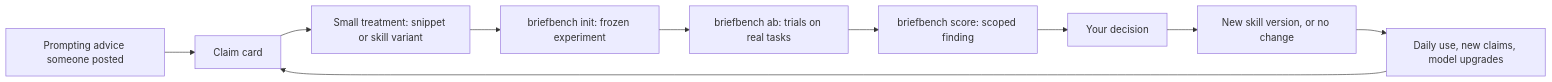
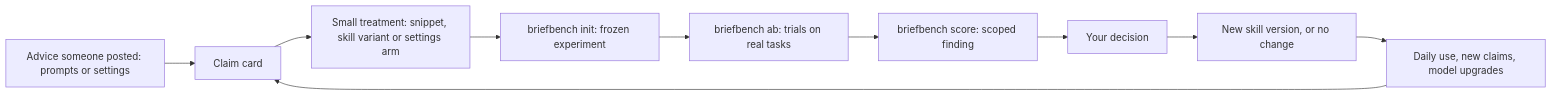
Before and after one commit to Freedom-Jack/briefbench: the diagram in docs/design.md, drawn with Mermaid. The commit also changed other lines of this file and 21 other files, not shown here.

First line of the commit message:
Docs: posted advice on model, effort and multi-agent mode is tested too

````diff
--- a/docs/design.md
+++ b/docs/design.md
@@ -123,12 +129,12 @@
 ```mermaid
 flowchart LR
-    S[Prompting advice someone posted] --> C[Claim card]
-    C --> T[Small treatment: snippet or skill variant]
+    S[Advice someone posted: prompts or settings] --> C[Claim card]
+    C --> T[Small treatment: snippet, skill variant or settings arm]
     T --> P[briefbench init: frozen experiment]
     P --> R[briefbench ab: trials on real tasks]
     R --> F[briefbench score: scoped finding]
     F --> D[Your decision]
     D --> V[New skill version, or no change]
     V --> U[Daily use, new claims, model upgrades]
     U --> C
 ```
````
